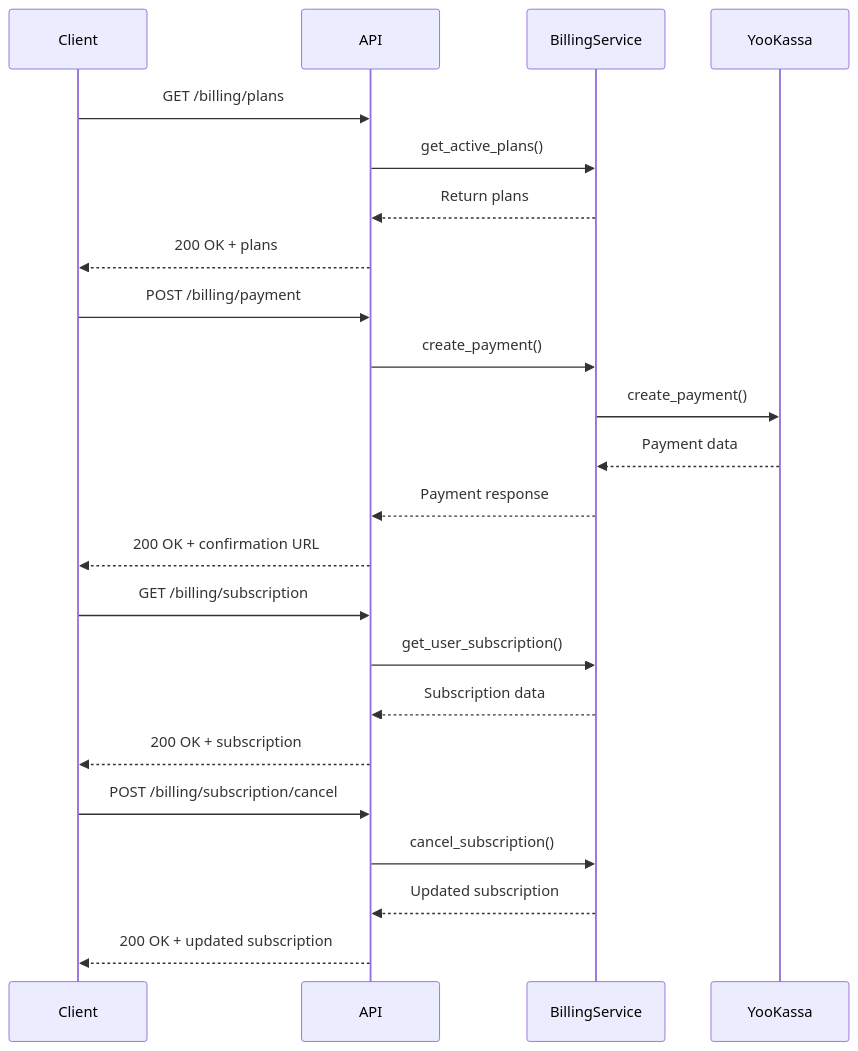
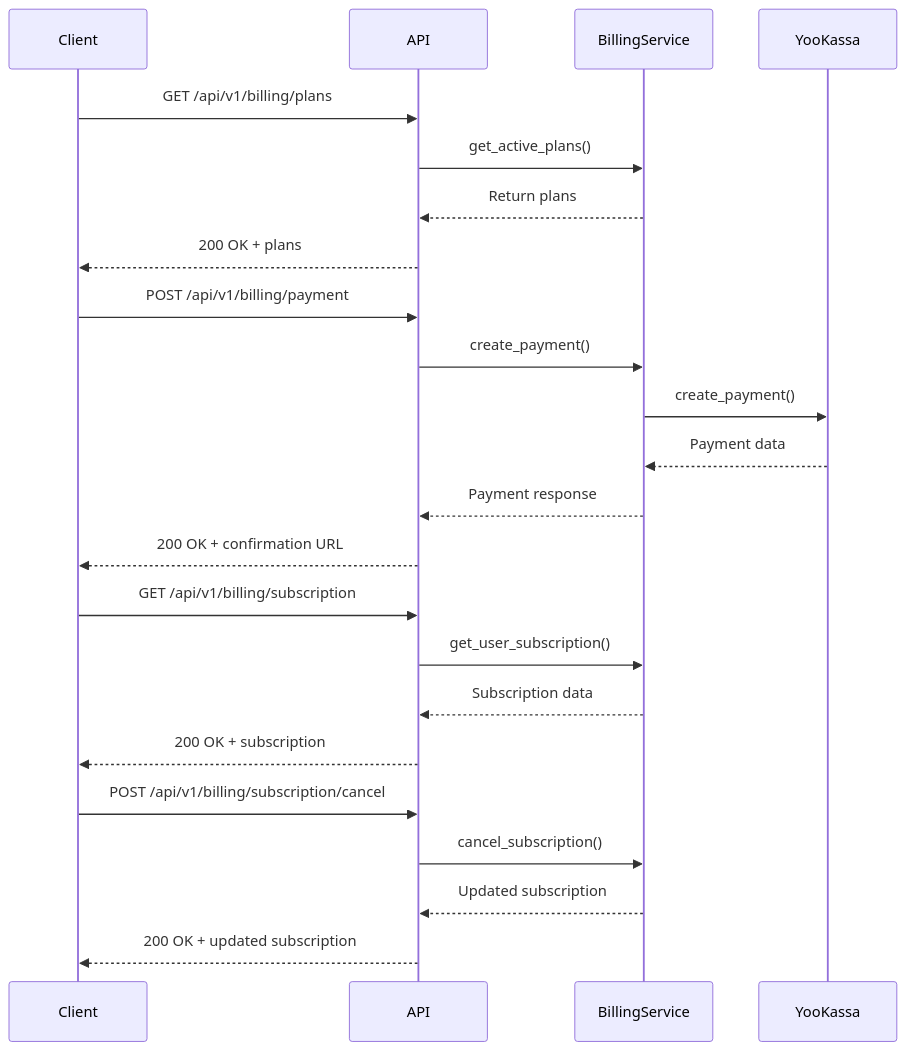
The third of 5 diagrams in .qoder/repowiki/en/content/API Reference/Administration API/Billing Management/Subscriptions API.md (yshishenya/open-webui), drawn with Mermaid before and after one commit. The commit also changed other lines of this file and 345 other files, not shown here.

````diff
--- a/.qoder/repowiki/en/content/API Reference/Administration API/Billing Management/Subscriptions API.md
+++ b/.qoder/repowiki/en/content/API Reference/Administration API/Billing Management/Subscriptions API.md
@@ -339,25 +381,25 @@
 ```mermaid
 sequenceDiagram
 participant Client
 participant API
 participant BillingService
 participant YooKassa
-Client->>API : GET /billing/plans
+Client->>API : GET /api/v1/billing/plans
 API->>BillingService : get_active_plans()
 BillingService-->>API : Return plans
 API-->>Client : 200 OK + plans
-Client->>API : POST /billing/payment
+Client->>API : POST /api/v1/billing/payment
 API->>BillingService : create_payment()
 BillingService->>YooKassa : create_payment()
 YooKassa-->>BillingService : Payment data
 BillingService-->>API : Payment response
 API-->>Client : 200 OK + confirmation URL
-Client->>API : GET /billing/subscription
+Client->>API : GET /api/v1/billing/subscription
 API->>BillingService : get_user_subscription()
 BillingService-->>API : Subscription data
 API-->>Client : 200 OK + subscription
-Client->>API : POST /billing/subscription/cancel
+Client->>API : POST /api/v1/billing/subscription/cancel
 API->>BillingService : cancel_subscription()
 BillingService-->>API : Updated subscription
 API-->>Client : 200 OK + updated subscription
 ```
````
